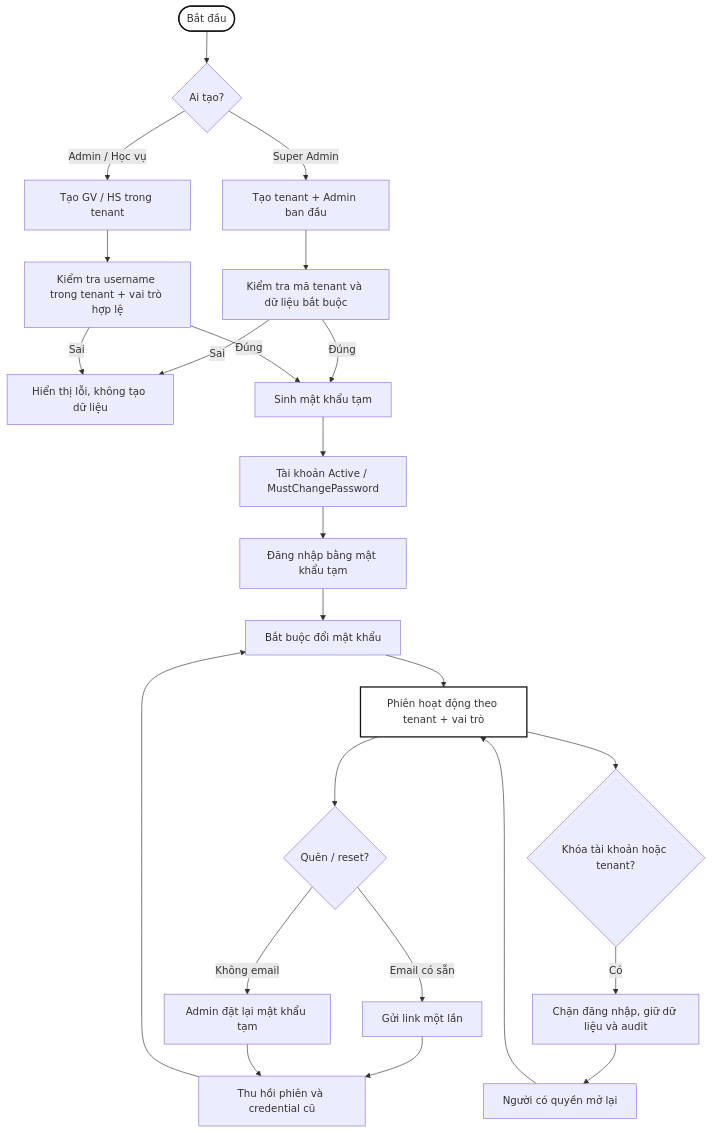
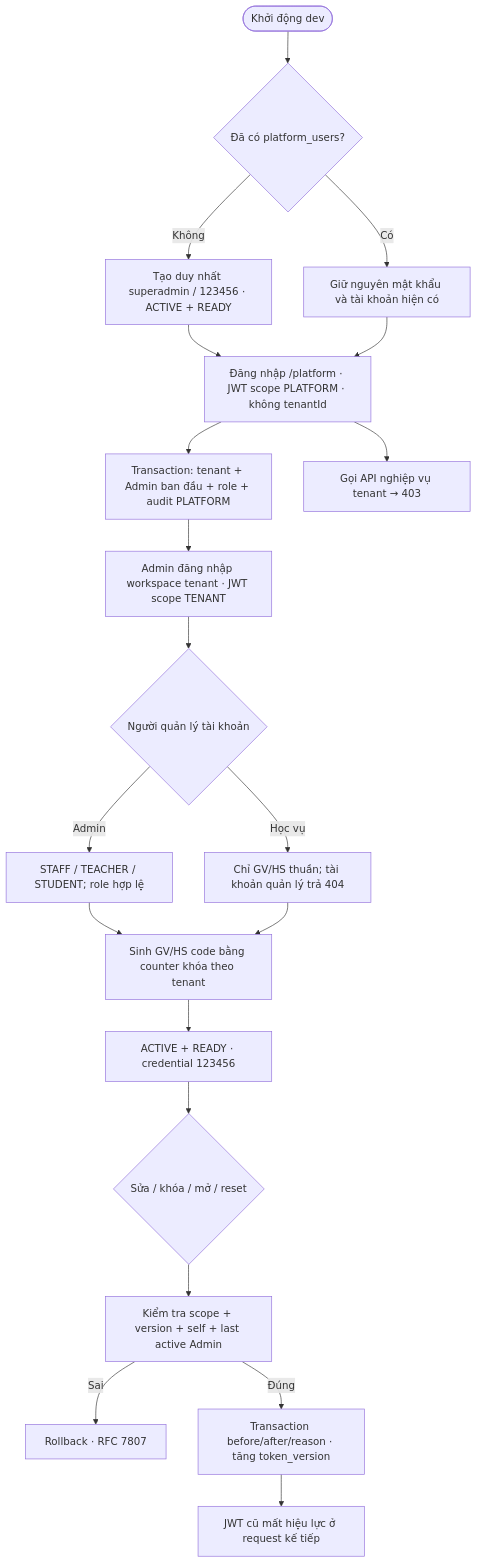
One commit to hieudn2412/class-manage-system changed the diagram in docs/flows/sources/FL-04-account-lifecycle.mmd. Above: the diagram before and after it, drawn with Mermaid. The commit also changed other lines of this file and 155 other files, not shown here.

```diff
--- a/docs/flows/sources/FL-04-account-lifecycle.mmd
+++ b/docs/flows/sources/FL-04-account-lifecycle.mmd
@@ -1,30 +1,20 @@
 flowchart TD
-  START([Bắt đầu]) --> WHO{"Ai tạo?"}
-  WHO -->|"Super Admin"| TENANT["Tạo tenant + Admin ban đầu"]
-  WHO -->|"Admin / Học vụ"| ACCOUNT["Tạo GV / HS trong tenant"]
-
-  TENANT --> VALIDATE["Kiểm tra mã tenant và dữ liệu bắt buộc"]
-  ACCOUNT --> USERVALIDATE["Kiểm tra username trong tenant + vai trò hợp lệ"]
-  VALIDATE -->|Sai| ERR["Hiển thị lỗi, không tạo dữ liệu"]
-  USERVALIDATE -->|Sai| ERR
-  VALIDATE -->|Đúng| TEMP["Sinh mật khẩu tạm"]
-  USERVALIDATE -->|Đúng| TEMP
-  TEMP --> ACTIVE["Tài khoản Active / MustChangePassword"]
-  ACTIVE --> LOGIN["Đăng nhập bằng mật khẩu tạm"]
-  LOGIN --> CHANGE["Bắt buộc đổi mật khẩu"]
-  CHANGE --> READY["Phiên hoạt động theo tenant + vai trò"]
-
-  READY --> RESET{"Quên / reset?"}
-  RESET -->|Email có sẵn| EMAIL["Gửi link một lần"]
-  RESET -->|Không email| ADMINRESET["Admin đặt lại mật khẩu tạm"]
-  EMAIL --> REVOKE["Thu hồi phiên và credential cũ"]
-  ADMINRESET --> REVOKE
-  REVOKE --> CHANGE
-
-  READY --> LOCK{"Khóa tài khoản hoặc tenant?"}
-  LOCK -->|Có| BLOCK["Chặn đăng nhập, giữ dữ liệu và audit"]
-  BLOCK --> UNLOCK["Người có quyền mở lại"]
-  UNLOCK --> READY
-
-  classDef terminal fill:#fff,stroke:#111,stroke-width:2px;
-  class START,READY terminal;
+  BOOT([Khởi động dev]) --> ONE{"Đã có platform_users?"}
+  ONE -->|Không| SA["Tạo duy nhất superadmin / 123456 · ACTIVE + READY"]
+  ONE -->|Có| KEEP["Giữ nguyên mật khẩu và tài khoản hiện có"]
+  SA --> PLOGIN["Đăng nhập /platform · JWT scope PLATFORM · không tenantId"]
+  KEEP --> PLOGIN
+  PLOGIN --> TENANT["Transaction: tenant + Admin ban đầu + role + audit PLATFORM"]
+  TENANT --> TLOGIN["Admin đăng nhập workspace tenant · JWT scope TENANT"]
+  TLOGIN --> WHO{"Người quản lý tài khoản"}
+  WHO -->|Admin| ALL["STAFF / TEACHER / STUDENT; role hợp lệ"]
+  WHO -->|Học vụ| LEARNING["Chỉ GV/HS thuần; tài khoản quản lý trả 404"]
+  ALL --> CODE["Sinh GV/HS code bằng counter khóa theo tenant"]
+  LEARNING --> CODE
+  CODE --> READY["ACTIVE + READY · credential 123456"]
+  READY --> ACTION{"Sửa / khóa / mở / reset"}
+  ACTION --> GUARD["Kiểm tra scope + version + self + last active Admin"]
+  GUARD -->|Sai| ROLLBACK["Rollback · RFC 7807"]
+  GUARD -->|Đúng| AUDIT["Transaction before/after/reason · tăng token_version"]
+  AUDIT --> REVOKE["JWT cũ mất hiệu lực ở request kế tiếp"]
+  PLOGIN --> BLOCK["Gọi API nghiệp vụ tenant → 403"]
```
